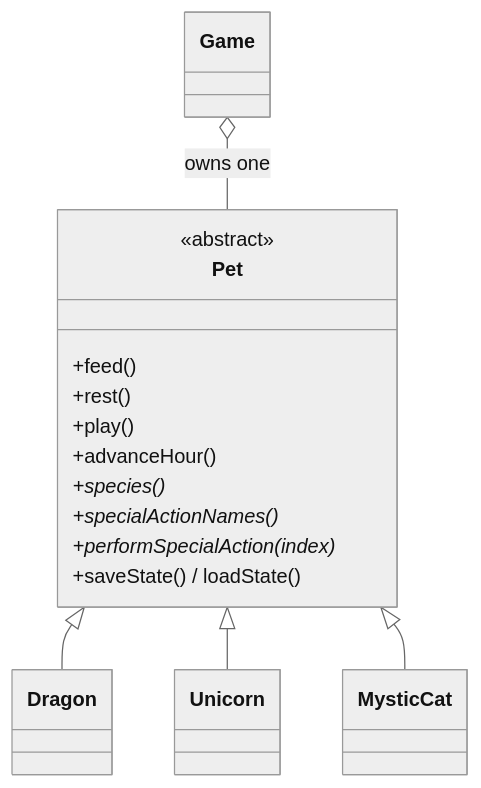
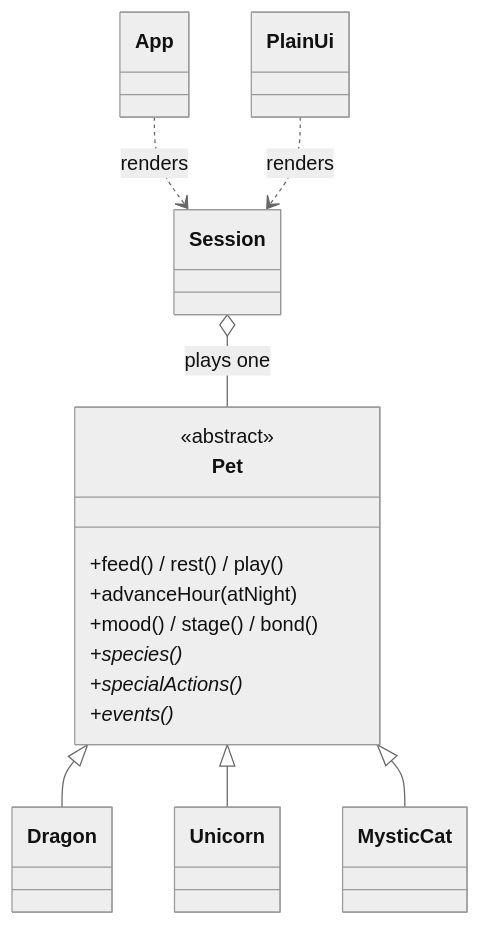
One commit to agrovr/CollegeProjects changed the diagram in Virtual Pet Simulator/README.md. Above: the diagram before and after it, drawn with Mermaid (neutral theme). The commit also changed other lines of this file and 47 other files, not shown here.

First line of the commit message:
Virtual Pet Simulator: full-screen terminal UI and deeper game (#7)

````diff
--- a/Virtual Pet Simulator/README.md
+++ b/Virtual Pet Simulator/README.md
@@ -97,18 +148,18 @@
 ```mermaid
 classDiagram
     class Pet {
         <<abstract>>
-        +feed()
-        +rest()
-        +play()
-        +advanceHour()
+        +feed() / rest() / play()
+        +advanceHour(atNight)
+        +mood() / stage() / bond()
         +species()*
-        +specialActionNames()*
-        +performSpecialAction(index)*
-        +saveState() / loadState()
+        +specialActions()*
+        +events()*
     }
     Pet <|-- Dragon
     Pet <|-- Unicorn
     Pet <|-- MysticCat
-    Game o-- Pet : owns one
+    Session o-- Pet : plays one
+    App ..> Session : renders
+    PlainUi ..> Session : renders
 ```
````
